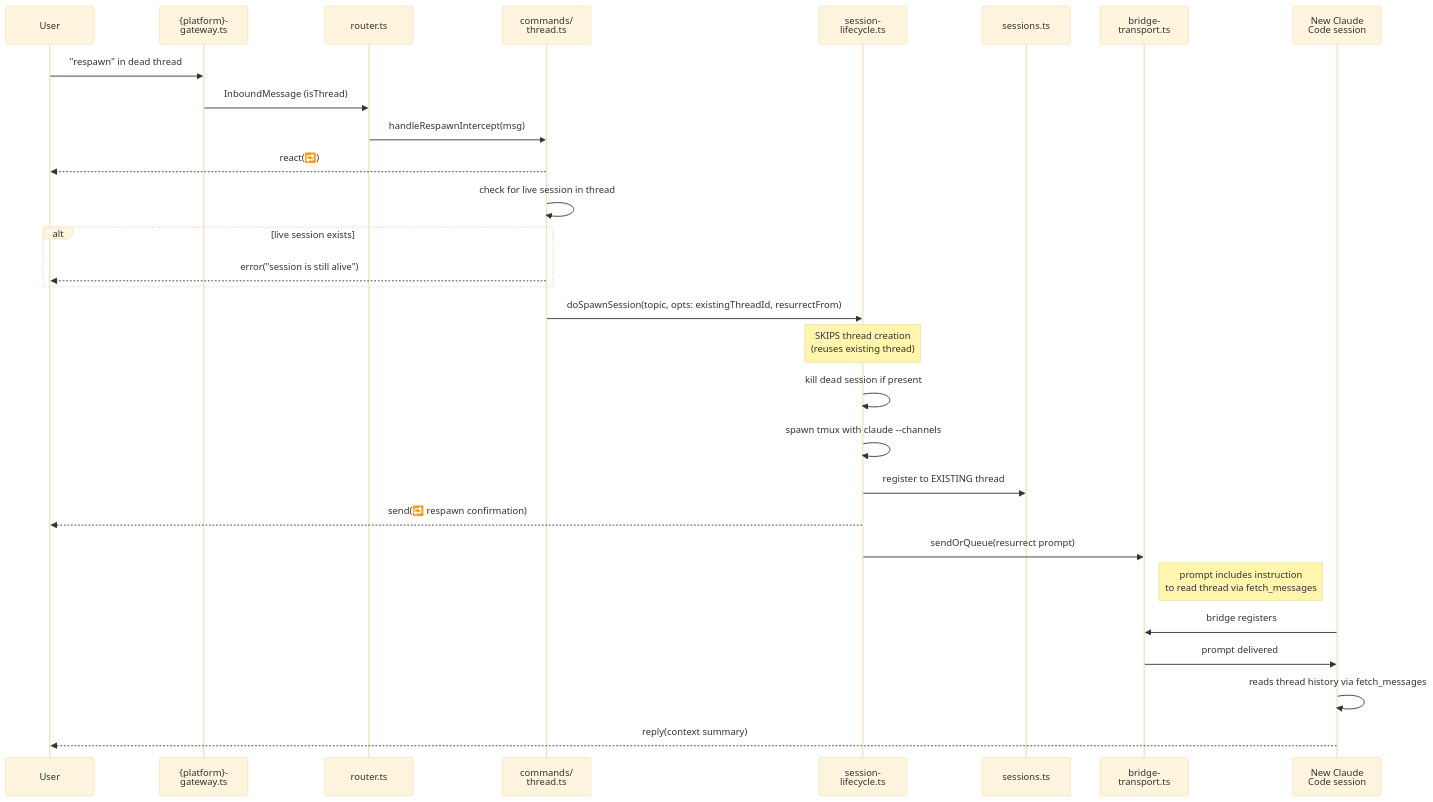
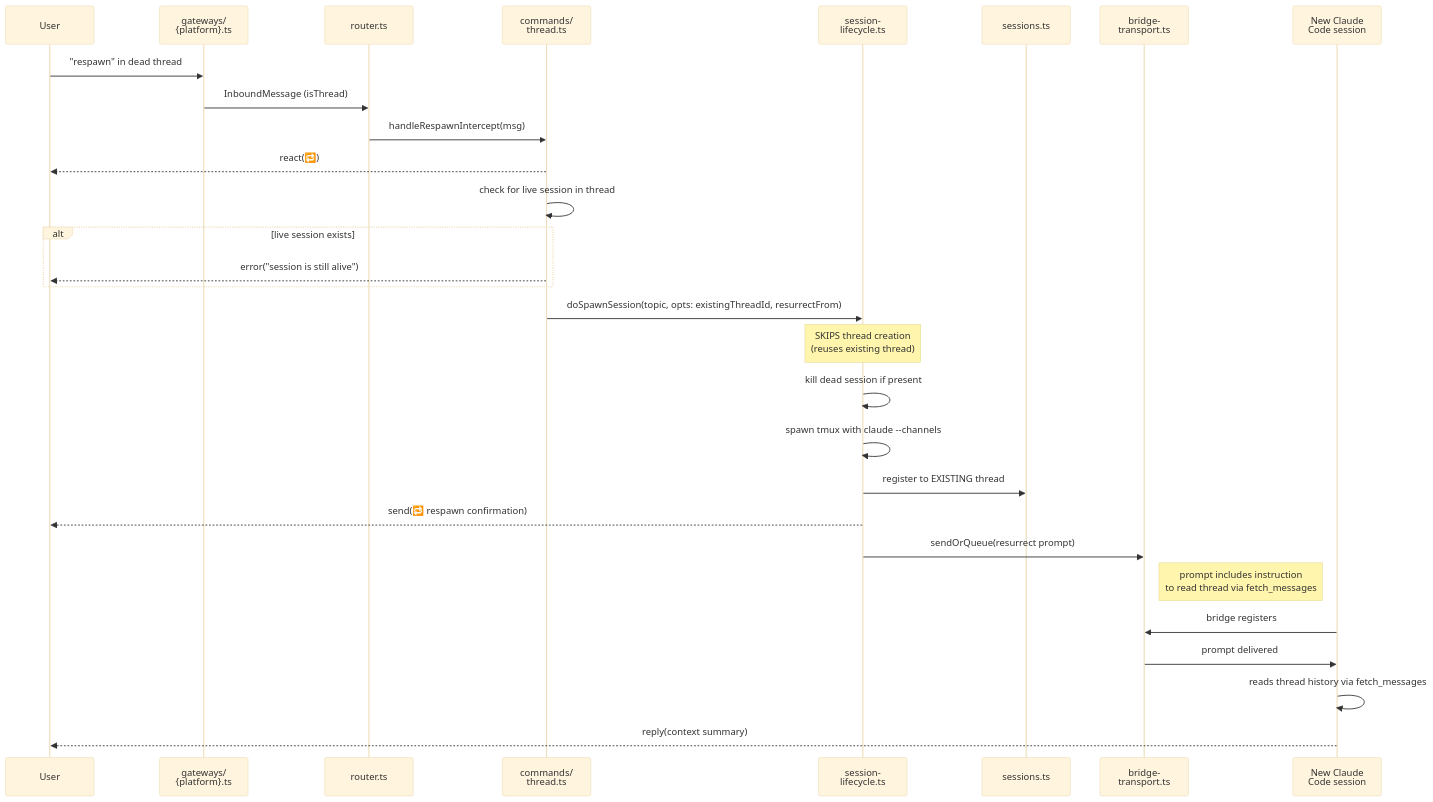
The diagram in diagrams/flow-respawn.mmd (sf8193/hydra), drawn with Mermaid (base theme) before and after one commit. The commit also changed 117 other files, not shown here.

```diff
--- a/diagrams/flow-respawn.mmd
+++ b/diagrams/flow-respawn.mmd
@@ -1,34 +1,34 @@
 %% respawn 🔁 — Flow Through Layers
 %% Recovers a dead thread by spawning fresh into the SAME thread and reading history.
 %% (Previously called "resurrect" — the user-facing command is "respawn".)
 
 sequenceDiagram
     participant User
-    participant gw as {platform}-<br/>gateway.ts
+    participant gw as gateways/<br/>{platform}.ts
     participant router as router.ts
     participant thread as commands/<br/>thread.ts
     participant lifecycle as session-<br/>lifecycle.ts
     participant sessions as sessions.ts
     participant transport as bridge-<br/>transport.ts
     participant cc as New Claude<br/>Code session
 
     User->>gw: "respawn" in dead thread
     gw->>router: InboundMessage (isThread)
     router->>thread: handleRespawnIntercept(msg)
     thread-->>User: react(🔁)
     thread->>thread: check for live session in thread
     alt live session exists
         thread-->>User: error("session is still alive")
     end
     thread->>lifecycle: doSpawnSession(topic, opts: existingThreadId, resurrectFrom)
     Note over lifecycle: SKIPS thread creation<br/>(reuses existing thread)
     lifecycle->>lifecycle: kill dead session if present
     lifecycle->>lifecycle: spawn tmux with claude --channels
     lifecycle->>sessions: register to EXISTING thread
     lifecycle-->>User: send(🔁 respawn confirmation)
     lifecycle->>transport: sendOrQueue(resurrect prompt)
     Note right of transport: prompt includes instruction<br/>to read thread via fetch_messages
     cc->>transport: bridge registers
     transport->>cc: prompt delivered
     cc->>cc: reads thread history via fetch_messages
     cc-->>User: reply(context summary)
```
